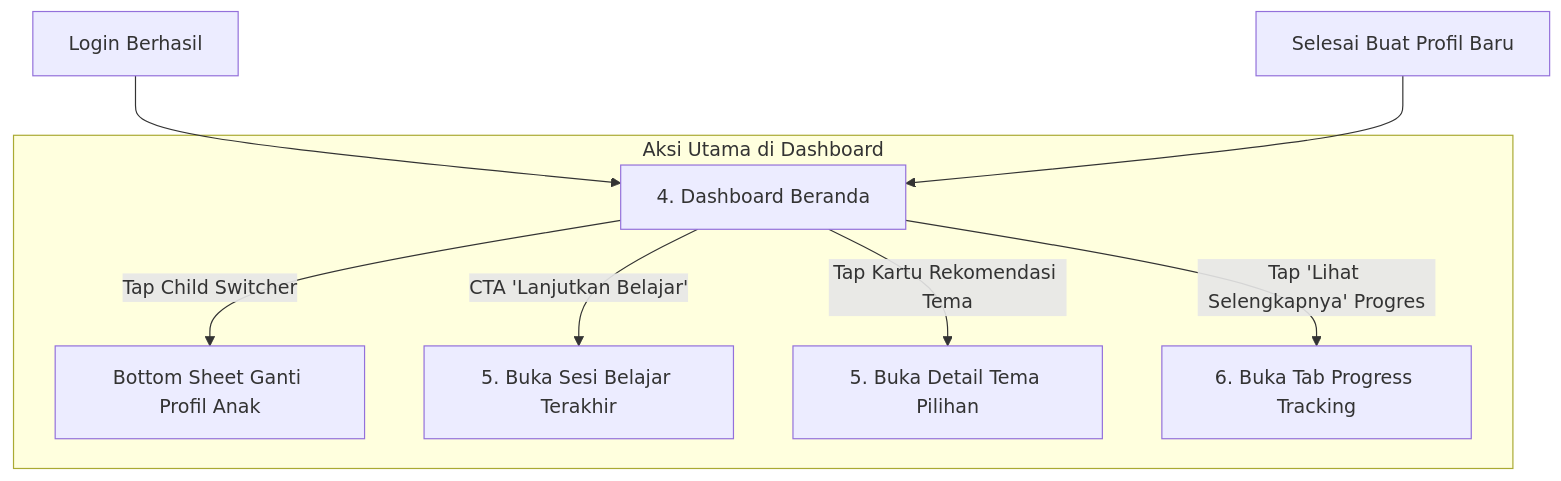
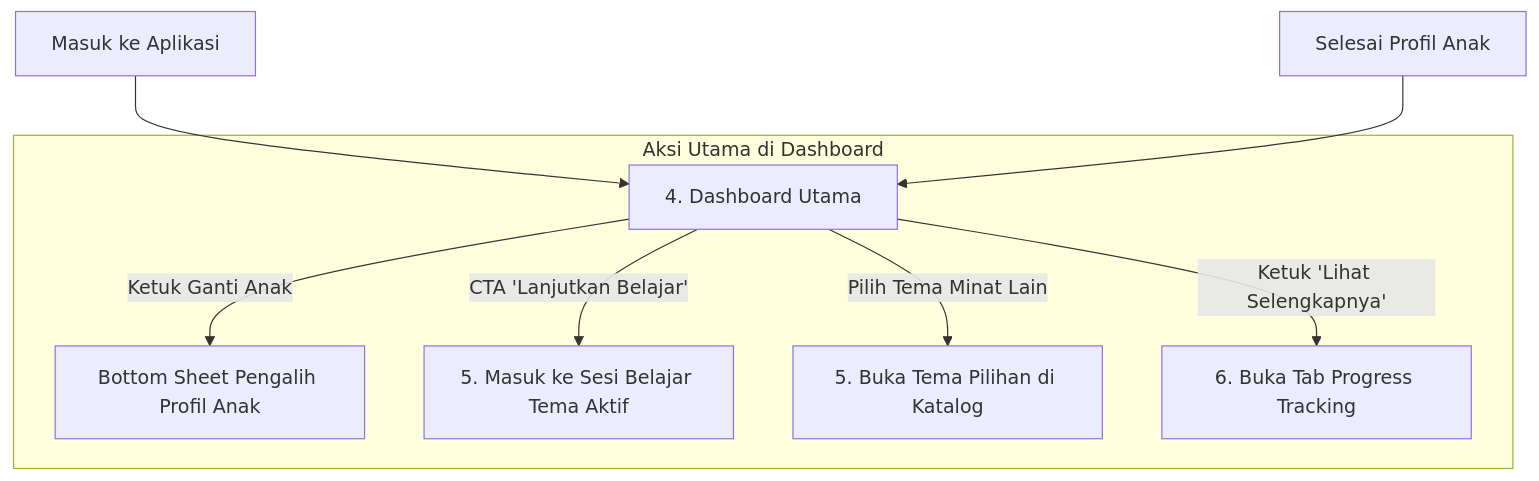
Before and after one commit to nabathnm/prd-celoteh: the diagram in 4. Dashboard.md, drawn with Mermaid. The commit also changed other lines of this file and 6 other files, not shown here.

````diff
--- a/4. Dashboard.md
+++ b/4. Dashboard.md
@@ -31,12 +29,12 @@
 ```mermaid
 flowchart TD
-    Login[Login Berhasil] --> Dashboard[4. Dashboard Beranda]
-    ChildProfileSummary[Selesai Buat Profil Baru] --> Dashboard
+    Login[Masuk ke Aplikasi] --> Dashboard[4. Dashboard Utama]
+    ChildProfileDone[Selesai Profil Anak] --> Dashboard
     
     subgraph DashboardActions ["Aksi Utama di Dashboard"]
-        Dashboard -->|Tap Child Switcher| SwitchModal[Bottom Sheet Ganti Profil Anak]
-        Dashboard -->|CTA 'Lanjutkan Belajar'| ResumeLesson[5. Buka Sesi Belajar Terakhir]
-        Dashboard -->|Tap Kartu Rekomendasi Tema| OpenTheme[5. Buka Detail Tema Pilihan]
-        Dashboard -->|Tap 'Lihat Selengkapnya' Progres| OpenTracking[6. Buka Tab Progress Tracking]
+        Dashboard -->|Ketuk Ganti Anak| Switcher[Bottom Sheet Pengalih Profil Anak]
+        Dashboard -->|CTA 'Lanjutkan Belajar'| ResumeLesson[5. Masuk ke Sesi Belajar Tema Aktif]
+        Dashboard -->|Pilih Tema Minat Lain| ExploreTheme[5. Buka Tema Pilihan di Katalog]
+        Dashboard -->|Ketuk 'Lihat Selengkapnya'| TrackingTab[6. Buka Tab Progress Tracking]
     end
 ```
````
